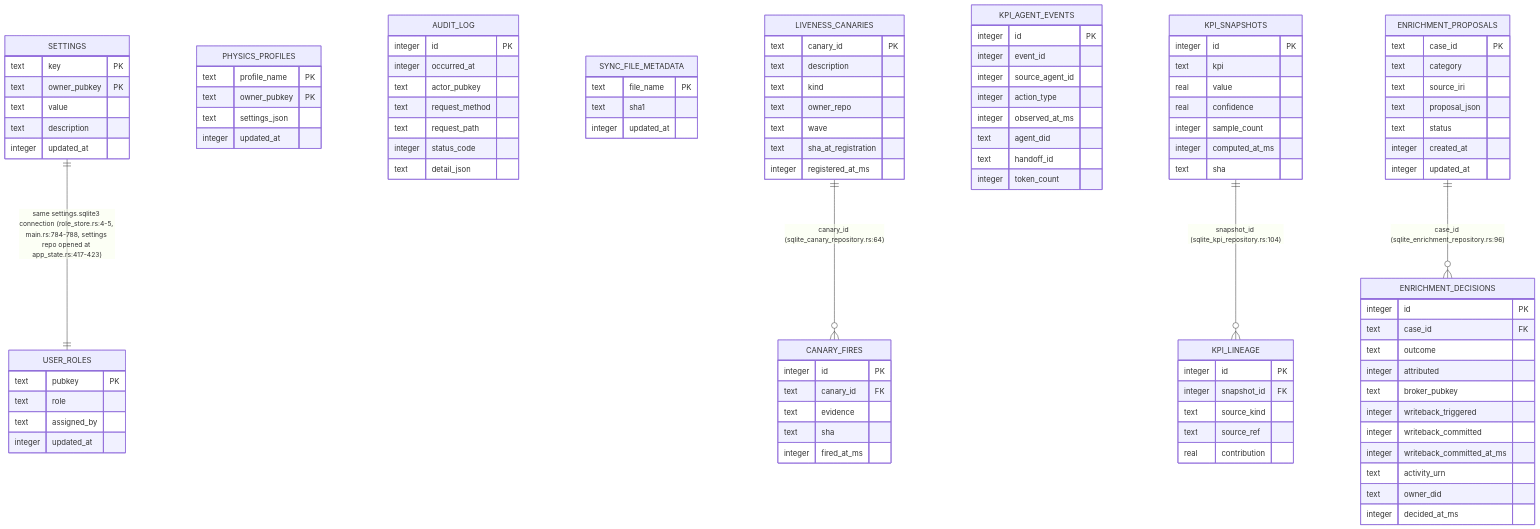
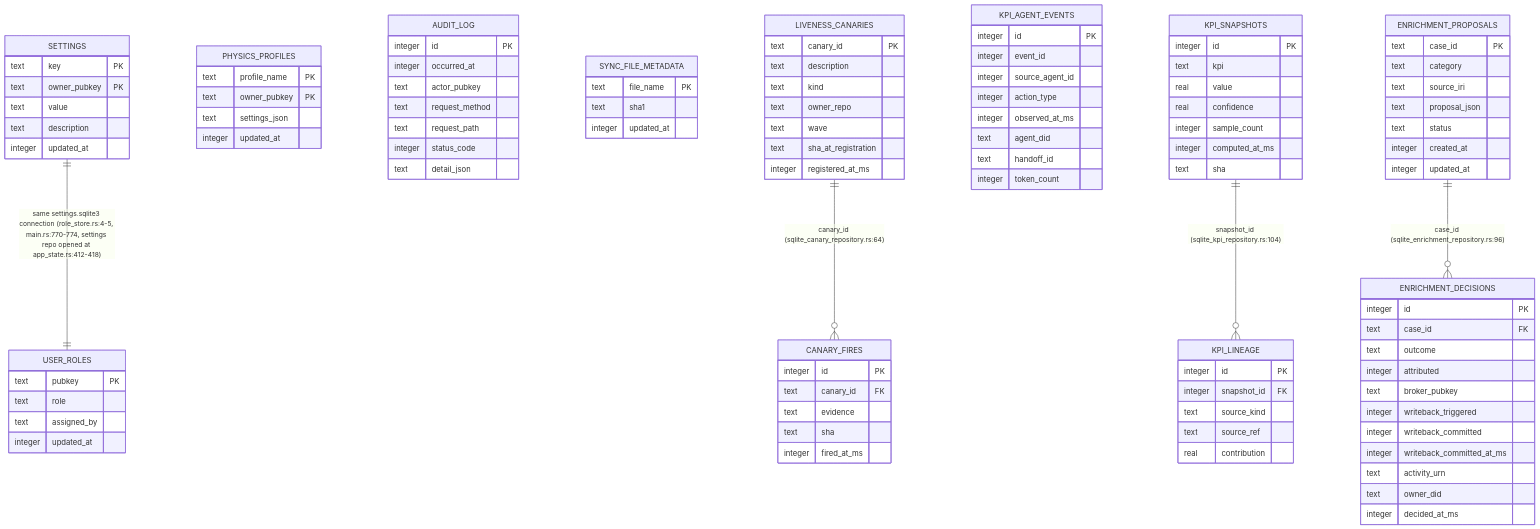
The second of 14 diagrams in docs/diagrams/visionclaw/22-data-authority-provenance-erasure.md (DreamLab-AI/VisionFlow), drawn with Mermaid before and after one commit. The commit also changed other lines of this file and 7 other files, not shown here.

````diff
--- a/docs/diagrams/visionclaw/22-data-authority-provenance-erasure.md
+++ b/docs/diagrams/visionclaw/22-data-authority-provenance-erasure.md
@@ -211,5 +212,5 @@
     ENRICHMENT_PROPOSALS ||--o{ ENRICHMENT_DECISIONS : "case_id (sqlite_enrichment_repository.rs:96)"
     LIVENESS_CANARIES ||--o{ CANARY_FIRES : "canary_id (sqlite_canary_repository.rs:64)"
     KPI_SNAPSHOTS ||--o{ KPI_LINEAGE : "snapshot_id (sqlite_kpi_repository.rs:104)"
-    SETTINGS ||--|| USER_ROLES : "same settings.sqlite3 connection (role_store.rs:4-5, main.rs:784-788, settings repo opened at app_state.rs:417-423)"
+    SETTINGS ||--|| USER_ROLES : "same settings.sqlite3 connection (role_store.rs:4-5, main.rs:770-774, settings repo opened at app_state.rs:412-418)"
 ```
````
